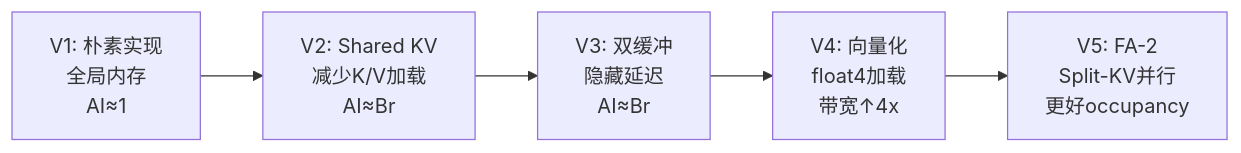
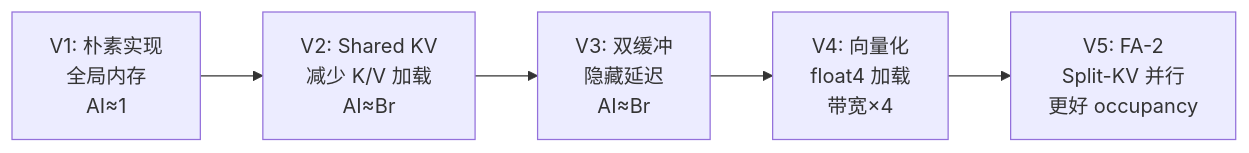
One commit to hzchenxiaobin/LLM changed the fourth of 4 diagrams in flashattention/docs/V1_NAIVE_EXPLAINED.md. Above: the diagram before and after it, drawn with Mermaid. The commit also changed other lines of this file, not shown here.

First line of the commit message:
docs(flashattention): fix Mermaid diagrams for GitHub rendering

````diff
--- a/flashattention/docs/V1_NAIVE_EXPLAINED.md
+++ b/flashattention/docs/V1_NAIVE_EXPLAINED.md
@@ -443,7 +446,7 @@
 ```mermaid
 flowchart LR
-    V1[V1: 朴素实现<br/>全局内存<br/>AI≈1] --> V2[V2: Shared KV<br/>减少K/V加载<br/>AI≈Br]
-    V2 --> V3[V3: 双缓冲<br/>隐藏延迟<br/>AI≈Br]
-    V3 --> V4[V4: 向量化<br/>float4加载<br/>带宽↑4x]
-    V4 --> V5[V5: FA-2<br/>Split-KV并行<br/>更好occupancy]
+    V1["V1: 朴素实现<br>全局内存<br>AI≈1"] --> V2["V2: Shared KV<br>减少 K/V 加载<br>AI≈Br"]
+    V2 --> V3["V3: 双缓冲<br>隐藏延迟<br>AI≈Br"]
+    V3 --> V4["V4: 向量化<br>float4 加载<br>带宽×4"]
+    V4 --> V5["V5: FA-2<br>Split-KV 并行<br>更好 occupancy"]
 ```
````
